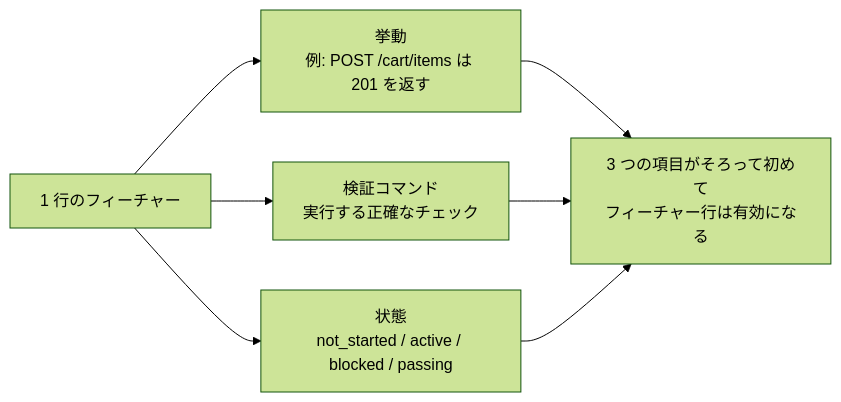
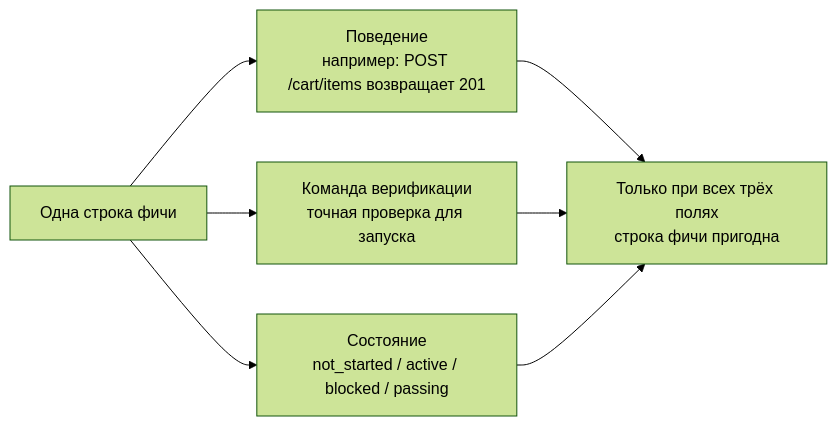
One commit to mkusaka/learn-harness-engineering changed the first of 2 diagrams in docs/ru/lectures/lecture-08-why-feature-lists-are-harness-primitives/index.md. Above: the diagram before and after it, drawn with Mermaid (forest theme). The commit also changed other lines of this file and 684 other files, not shown here.

````diff
--- a/docs/ru/lectures/lecture-08-why-feature-lists-are-harness-primitives/index.md
+++ b/docs/ru/lectures/lecture-08-why-feature-lists-are-harness-primitives/index.md
@@ -29,10 +29,10 @@
 ```mermaid
 flowchart LR
-    Feature["1 行のフィーチャー"] --> Behavior["挙動<br/>例: POST /cart/items は 201 を返す"]
-    Feature --> Check["検証コマンド<br/>実行する正確なチェック"]
-    Feature --> State["状態<br/>not_started / active / blocked / passing"]
+    Feature["Одна строка фичи"] --> Behavior["Поведение<br/>например: POST /cart/items возвращает 201"]
+    Feature --> Check["Команда верификации<br/>точная проверка для запуска"]
+    Feature --> State["Состояние<br/>not_started / active / blocked / passing"]
 
-    Behavior --> Complete["3 つの項目がそろって初めて<br/>フィーチャー行は有効になる"]
+    Behavior --> Complete["Только при всех трёх полях<br/>строка фичи пригодна"]
     Check --> Complete
     State --> Complete
 ```
````
